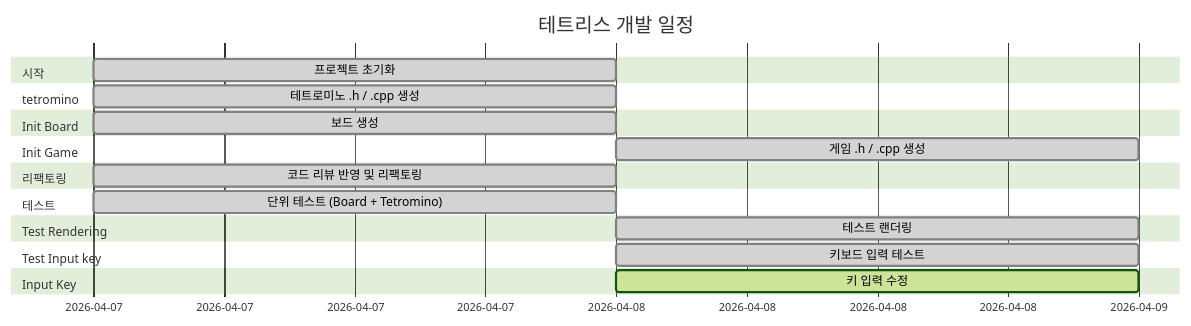
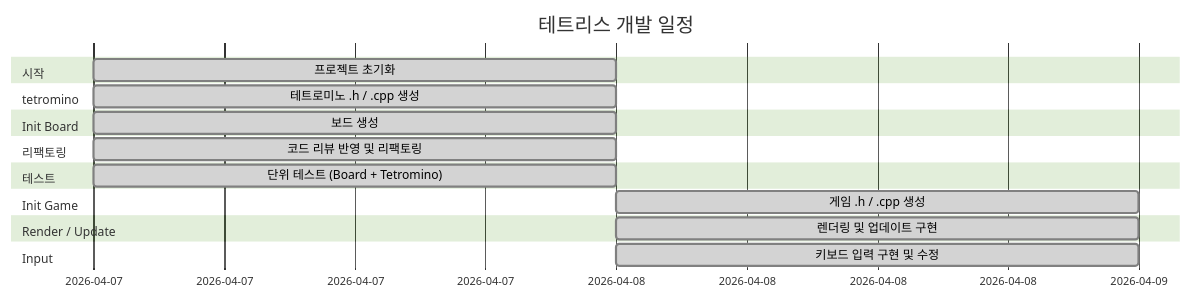
Before and after one commit to Chance031/Tetris-cpp: the diagram in README.md, drawn with Mermaid (forest theme). The commit also changed other lines of this file, not shown here.

Commit message:
Update Gantt chart and task log format in README

````diff
--- a/README.md
+++ b/README.md
@@ -27,23 +27,21 @@
 ```mermaid
 gantt
-    title 테트리스 개발 일정
-    dateFormat YYYY-MM-DD
-    section 시작
-        프로젝트 초기화 :done, init, 2026-04-07, 1d
-    section tetromino
-        테트로미노 .h / .cpp 생성 :done, t16803, 2026-04-07, 1d
-    section Init Board
-        보드 생성 :done, t84048, 2026-04-07, 1d
-    section Init Game
-        게임 .h / .cpp 생성 :done, t91896, 2026-04-08, 1d
-    section 리팩토링
-        코드 리뷰 반영 및 리팩토링 :done, refactor, 2026-04-07, 1d
-    section 테스트
-        단위 테스트 (Board + Tetromino) :done, test, 2026-04-07, 1d
-    section Test Rendering
-        테스트 랜더링 :done, t47867, 2026-04-08, 1d
-    section Test Input key
-        키보드 입력 테스트 :done, t8258, 2026-04-08, 1d
-    section Input Key
-        키 입력 수정 :active, t25803, 2026-04-08, 1d
+ title 테트리스 개발 일정
+ dateFormat YYYY-MM-DD
+ section 시작
+ 프로젝트 초기화 :done, init, 2026-04-07, 1d
+ section tetromino
+ 테트로미노 .h / .cpp 생성 :done, t16803, 2026-04-07, 1d
+ section Init Board
+ 보드 생성 :done, t84048, 2026-04-07, 1d
+ section 리팩토링
+ 코드 리뷰 반영 및 리팩토링 :done, refactor, 2026-04-07, 1d
+ section 테스트
+ 단위 테스트 (Board + Tetromino) :done, test, 2026-04-07, 1d
+ section Init Game
+ 게임 .h / .cpp 생성 :done, t91896, 2026-04-08, 1d
+ section Render / Update
+ 렌더링 및 업데이트 구현 :done, t47867, 2026-04-08, 1d
+ section Input
+ 키보드 입력 구현 및 수정 :done, t8258, 2026-04-08, 1d
 ```
````
